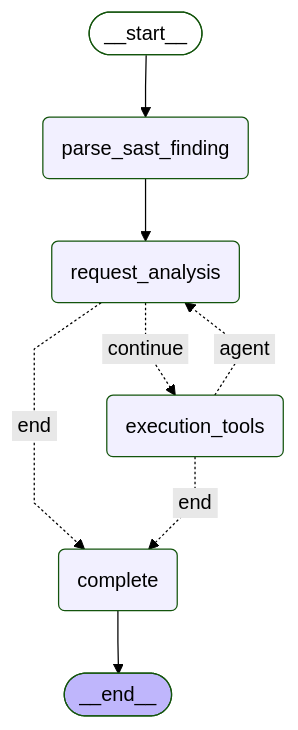
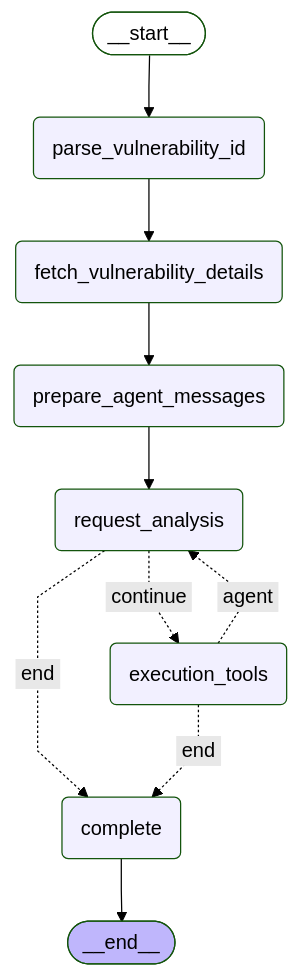
The fifth of 5 diagrams in docs/duo_workflow_service_graphs.md (flyisland/ai-gateway), drawn with Mermaid (forest theme) before and after one commit. The commit also changed 5 other files, not shown here.

First line of the commit message:
feat: Refactor SAST false positive detection workflow to use vulnerability ID and fetch details

````diff
--- a/docs/duo_workflow_service_graphs.md
+++ b/docs/duo_workflow_service_graphs.md
@@ -192,24 +192,28 @@
 ```mermaid
 ---
 config:
   flowchart:
     curve: linear
 ---
 graph TD;
     __start__([<p>__start__</p>]):::first
-    parse_sast_finding(parse_sast_finding)
+    parse_vulnerability_id(parse_vulnerability_id)
+    fetch_vulnerability_details(fetch_vulnerability_details)
+    prepare_agent_messages(prepare_agent_messages)
     request_analysis(request_analysis)
     execution_tools(execution_tools)
     complete(complete)
     __end__([<p>__end__</p>]):::last
-    __start__ --> parse_sast_finding;
+    __start__ --> parse_vulnerability_id;
     complete --> __end__;
-    parse_sast_finding --> request_analysis;
+    fetch_vulnerability_details --> prepare_agent_messages;
+    parse_vulnerability_id --> fetch_vulnerability_details;
+    prepare_agent_messages --> request_analysis;
     request_analysis -. &nbsp;continue&nbsp; .-> execution_tools;
     request_analysis -. &nbsp;end&nbsp; .-> complete;
     execution_tools -. &nbsp;agent&nbsp; .-> request_analysis;
     execution_tools -. &nbsp;end&nbsp; .-> complete;
     classDef default fill:#f2f0ff,line-height:1.2
     classDef first fill-opacity:0
     classDef last fill:#bfb6fc
 ```
````
